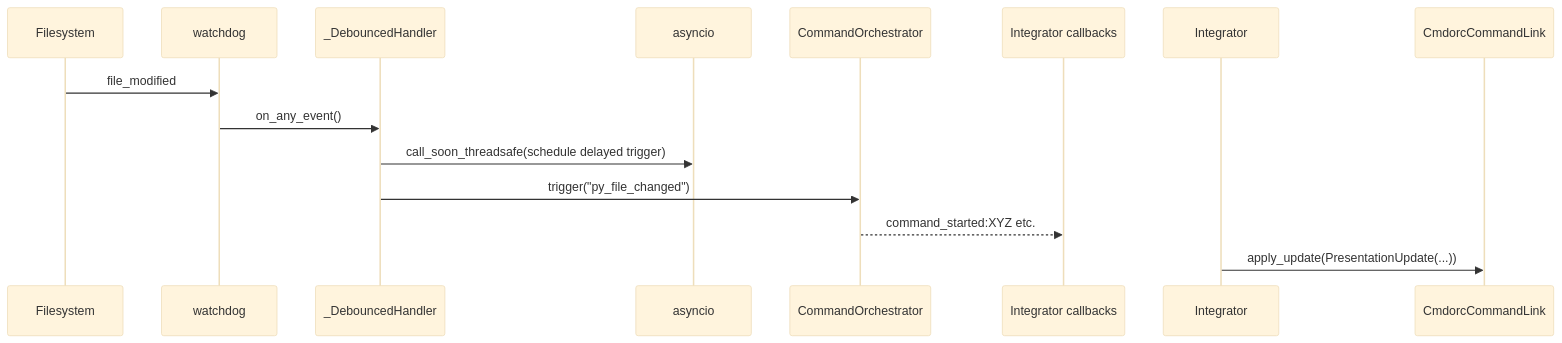
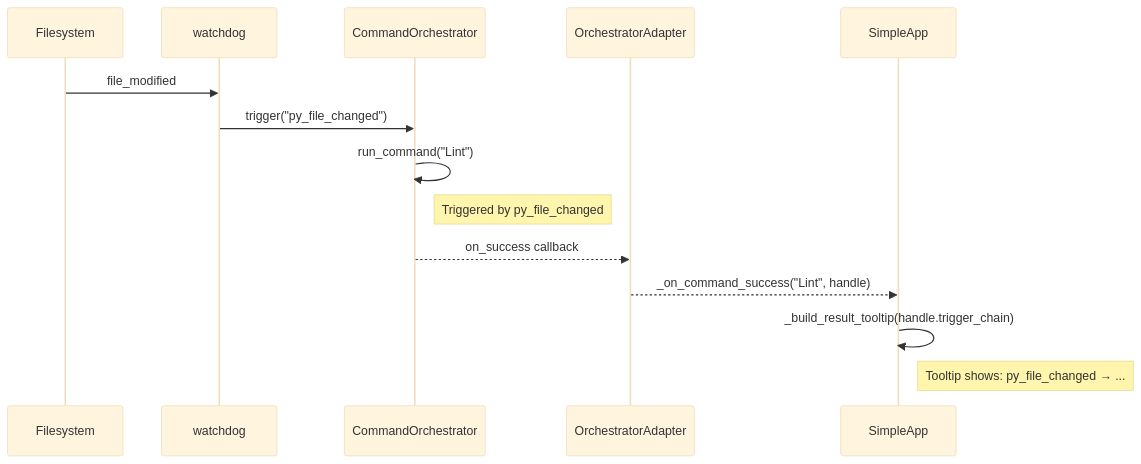
The second of 2 diagrams in architecture.md (eyecantell/textual-cmdorc), drawn with Mermaid (base theme) before and after one commit. The commit also changed other lines of this file and 14 other files, not shown here.

````diff
--- a/architecture.md
+++ b/architecture.md
@@ -163,9 +99,11 @@
 ```mermaid
 sequenceDiagram
     Filesystem->>watchdog: file_modified
-    watchdog->>_DebouncedHandler: on_any_event()
-    _DebouncedHandler->>asyncio: call_soon_threadsafe(schedule delayed trigger)
-    _DebouncedHandler->>CommandOrchestrator: trigger("py_file_changed")
-    CommandOrchestrator-->>Integrator callbacks: command_started:XYZ etc.
-    Integrator->>CmdorcCommandLink: apply_update(PresentationUpdate(...))
+    watchdog->>CommandOrchestrator: trigger("py_file_changed")
+    CommandOrchestrator->>CommandOrchestrator: run_command("Lint")
+    Note right of CommandOrchestrator: Triggered by py_file_changed
+    CommandOrchestrator-->>OrchestratorAdapter: on_success callback
+    OrchestratorAdapter-->>SimpleApp: _on_command_success("Lint", handle)
+    SimpleApp->>SimpleApp: _build_result_tooltip(handle.trigger_chain)
+    Note right of SimpleApp: Tooltip shows: py_file_changed → ...
 ```
````
